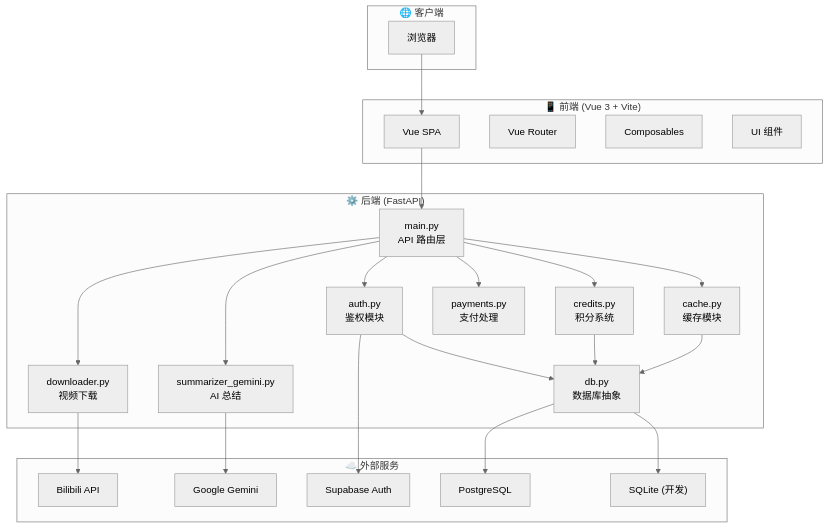
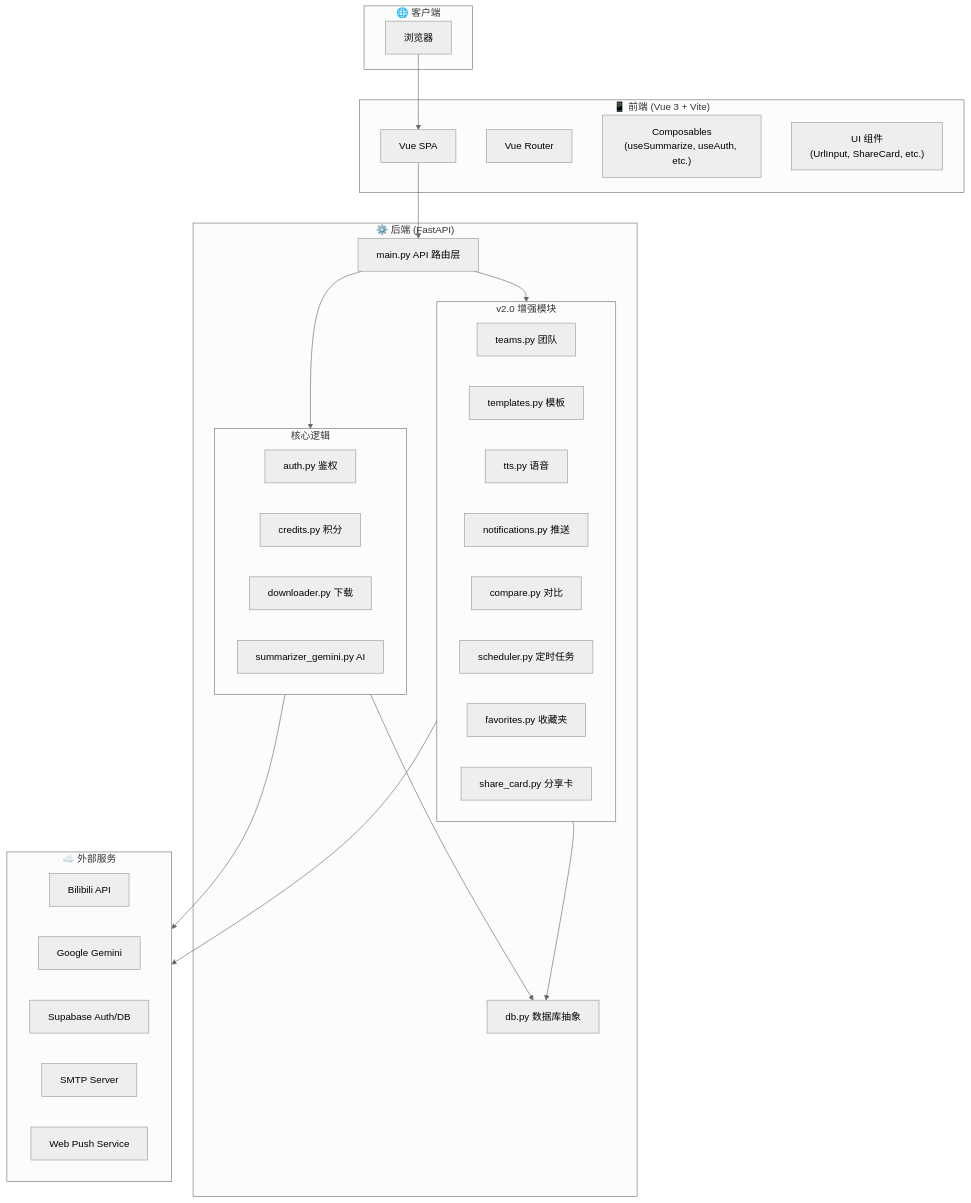
Before and after one commit to cswenyuanxiao/Bili-Summarizer: the first of 6 diagrams in docs/ARCHITECTURE_DIAGRAM.md, drawn with Mermaid (neutral theme). The commit also changed other lines of this file and 53 other files, not shown here.

````diff
--- a/docs/ARCHITECTURE_DIAGRAM.md
+++ b/docs/ARCHITECTURE_DIAGRAM.md
@@ -9,50 +9,52 @@
 ```mermaid
 flowchart TB
     subgraph Client["🌐 客户端"]
         Browser["浏览器"]
     end
     
     subgraph Frontend["📱 前端 (Vue 3 + Vite)"]
         VueApp["Vue SPA"]
         Router["Vue Router"]
-        Composables["Composables"]
-        Components["UI 组件"]
+        Composables["Composables<br/>(useSummarize, useAuth, etc.)"]
+        Components["UI 组件<br/>(UrlInput, ShareCard, etc.)"]
     end
     
     subgraph Backend["⚙️ 后端 (FastAPI)"]
-        MainAPI["main.py<br/>API 路由层"]
-        Auth["auth.py<br/>鉴权模块"]
-        Credits["credits.py<br/>积分系统"]
-        Cache["cache.py<br/>缓存模块"]
-        Downloader["downloader.py<br/>视频下载"]
-        Summarizer["summarizer_gemini.py<br/>AI 总结"]
-        Payments["payments.py<br/>支付处理"]
-        DB["db.py<br/>数据库抽象"]
+        MainAPI["main.py API 路由层"]
+        subgraph Core["核心逻辑"]
+            Auth["auth.py 鉴权"]
+            Credits["credits.py 积分"]
+            Downloader["downloader.py 下载"]
+            Summarizer["summarizer_gemini.py AI"]
+        end
+        subgraph V2Features["v2.0 增强模块"]
+            Teams["teams.py 团队"]
+            Templates["templates.py 模板"]
+            TTS["tts.py 语音"]
+            Push["notifications.py 推送"]
+            Compare["compare.py 对比"]
+            Scheduler["scheduler.py 定时任务"]
+            Favorites["favorites.py 收藏夹"]
+            ShareCard["share_card.py 分享卡"]
+        end
+        DB["db.py 数据库抽象"]
     end
     
     subgraph External["☁️ 外部服务"]
         Bilibili["Bilibili API"]
         Gemini["Google Gemini"]
-        Supabase["Supabase Auth"]
-        PostgreSQL["PostgreSQL"]
-        SQLite["SQLite (开发)"]
+        Supabase["Supabase Auth/DB"]
+        Email["SMTP Server"]
+        PushService["Web Push Service"]
     end
     
     Browser --> VueApp
     VueApp --> MainAPI
-    MainAPI --> Auth
-    MainAPI --> Credits
-    MainAPI --> Cache
-    MainAPI --> Downloader
-    MainAPI --> Summarizer
-    MainAPI --> Payments
+    MainAPI --> Core
+    MainAPI --> V2Features
     
-    Auth --> Supabase
-    Auth --> DB
-    Credits --> DB
-    Cache --> DB
-    Downloader --> Bilibili
-    Summarizer --> Gemini
-    DB --> PostgreSQL
-    DB --> SQLite
+    Core --> External
+    V2Features --> External
+    Core --> DB
+    V2Features --> DB
 ```
````
